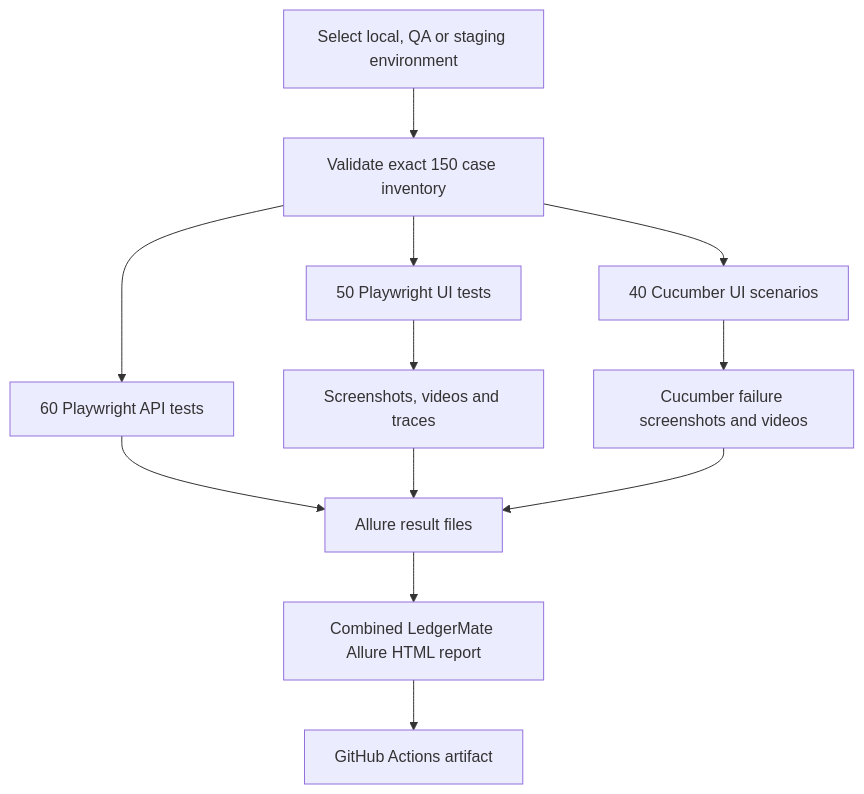
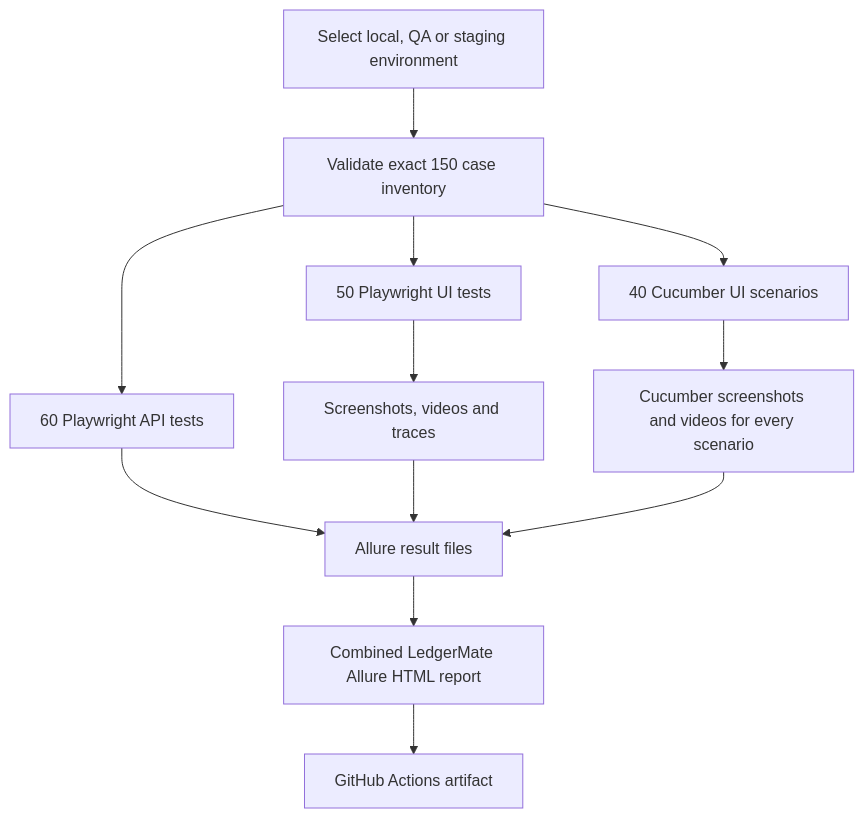
Before and after one commit to haroondhanyal/LedgerMate360: the seventh of 8 diagrams in README.md, drawn with Mermaid. The commit also changed other lines of this file and 37 other files, not shown here.

````diff
--- a/README.md
+++ b/README.md
@@ -216,14 +221,14 @@
 ```mermaid
 flowchart TD
     E[Select local, QA or staging environment] --> I[Validate exact 150 case inventory]
     I --> A[60 Playwright API tests]
     I --> U[50 Playwright UI tests]
     I --> C[40 Cucumber UI scenarios]
     A --> R[Allure result files]
     U --> S[Screenshots, videos and traces]
     S --> R
-    C --> V[Cucumber failure screenshots and videos]
+    C --> V[Cucumber screenshots and videos for every scenario]
     V --> R
     R --> H[Combined LedgerMate Allure HTML report]
     H --> G[GitHub Actions artifact]
 ```
````
